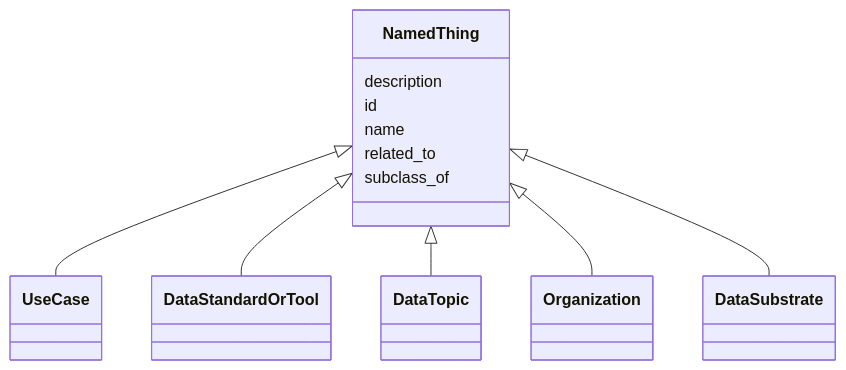
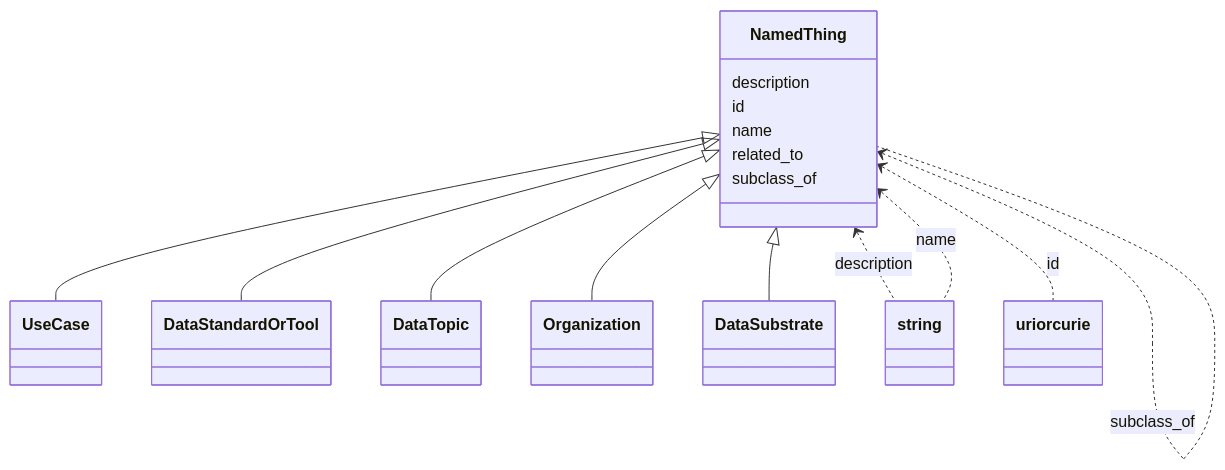
Before and after one commit to bridge2ai/b2ai-standards-registry: the diagram in docs/NamedThing.md, drawn with Mermaid. The commit also changed other lines of this file and 89 other files, not shown here.

````diff
--- a/docs/NamedThing.md
+++ b/docs/NamedThing.md
@@ -11,16 +11,21 @@
 ```mermaid
  classDiagram
     class NamedThing
       NamedThing <|-- UseCase
       NamedThing <|-- DataStandardOrTool
       NamedThing <|-- DataTopic
       NamedThing <|-- Organization
       NamedThing <|-- DataSubstrate
       
       NamedThing : description
+        NamedThing <.. string : description
       NamedThing : id
+        NamedThing <.. uriorcurie : id
       NamedThing : name
+        NamedThing <.. string : name
       NamedThing : related_to
+        NamedThing <.. NamedThing : related_to
       NamedThing : subclass_of
+        NamedThing <.. NamedThing : subclass_of
       
 ```
````
